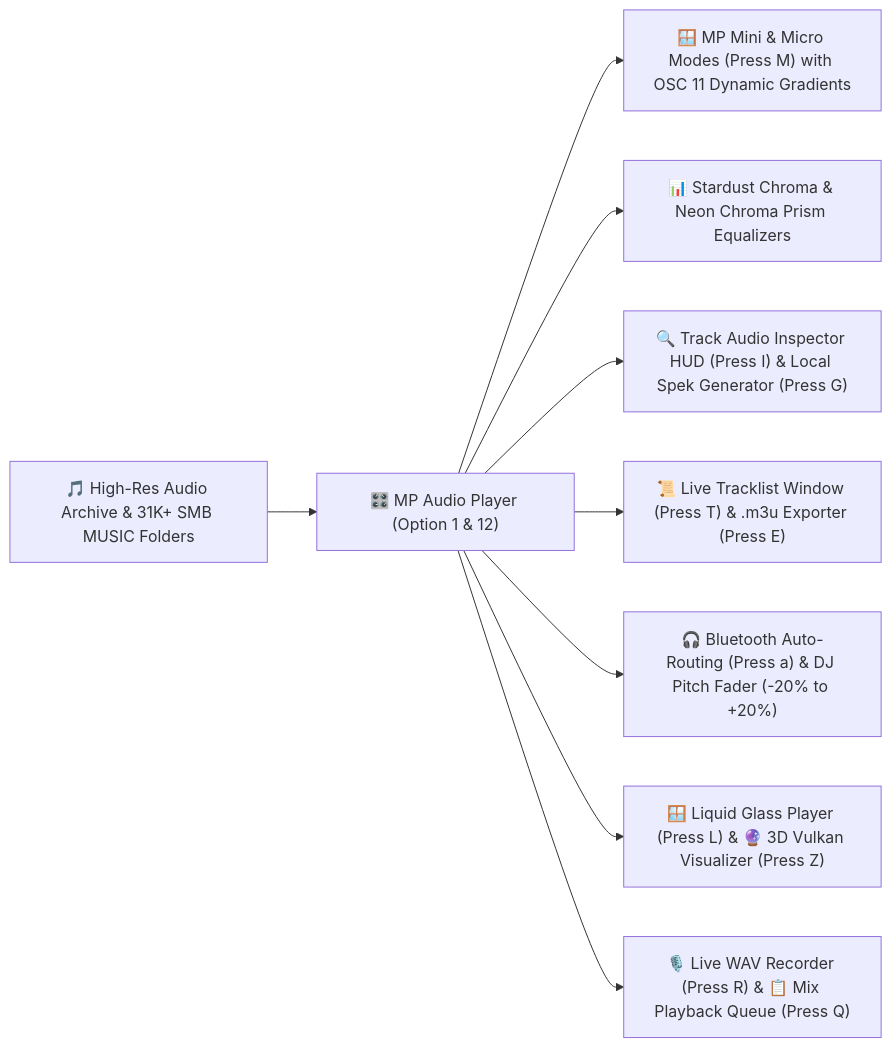
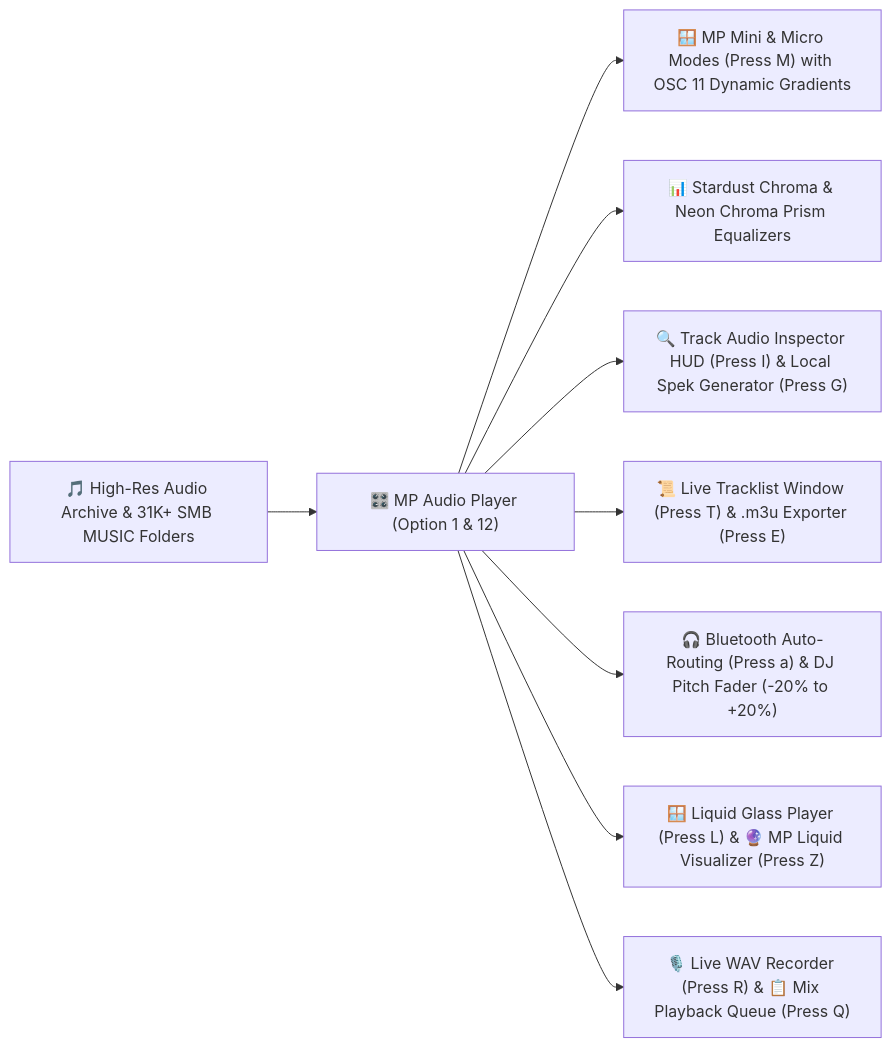
Before and after one commit to MPlanetarian/MPMixManager_v0.4-x64: the fourth of 13 diagrams in README.md, drawn with Mermaid. The commit also changed other lines of this file and 31 other files, not shown here.

````diff
--- a/README.md
+++ b/README.md
@@ -291,11 +310,11 @@
 ```mermaid
 flowchart LR
     A["🎵 High-Res Audio Archive & 31K+ SMB MUSIC Folders"] --> B["🎛️ MP Audio Player (Option 1 & 12)"]
     B --> C["🪟 MP Mini & Micro Modes (Press M) with OSC 11 Dynamic Gradients"]
     B --> D["📊 Stardust Chroma & Neon Chroma Prism Equalizers"]
     B --> E["🔍 Track Audio Inspector HUD (Press I) & Local Spek Generator (Press G)"]
     B --> F["📜 Live Tracklist Window (Press T) & .m3u Exporter (Press E)"]
     B --> G["🎧 Bluetooth Auto-Routing (Press a) & DJ Pitch Fader (-20% to +20%)"]
-    B --> H["🪟 Liquid Glass Player (Press L) & 🔮 3D Vulkan Visualizer (Press Z)"]
+    B --> H["🪟 Liquid Glass Player (Press L) & 🔮 MP Liquid Visualizer (Press Z)"]
     B --> I["🎙️ Live WAV Recorder (Press R) & 📋 Mix Playback Queue (Press Q)"]
 ```
````
